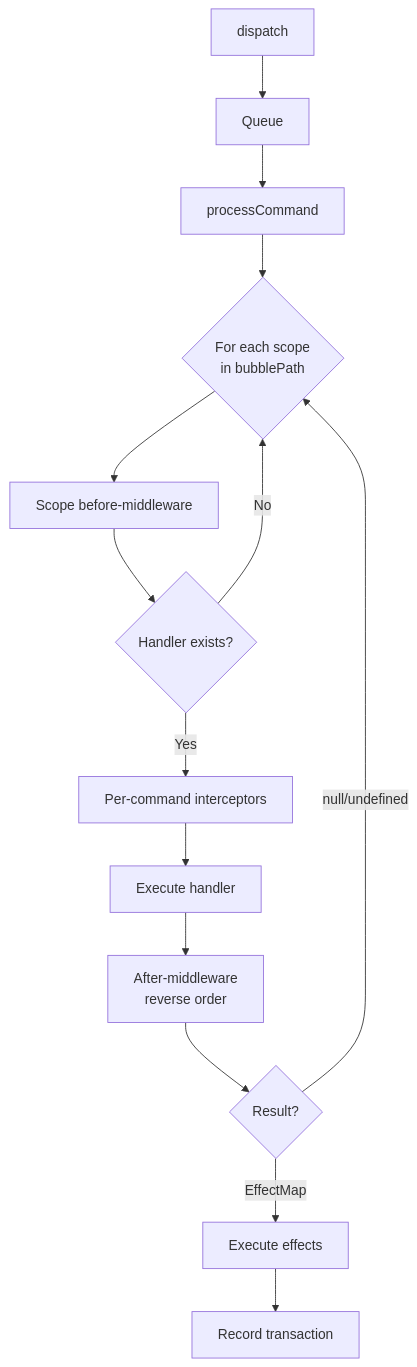
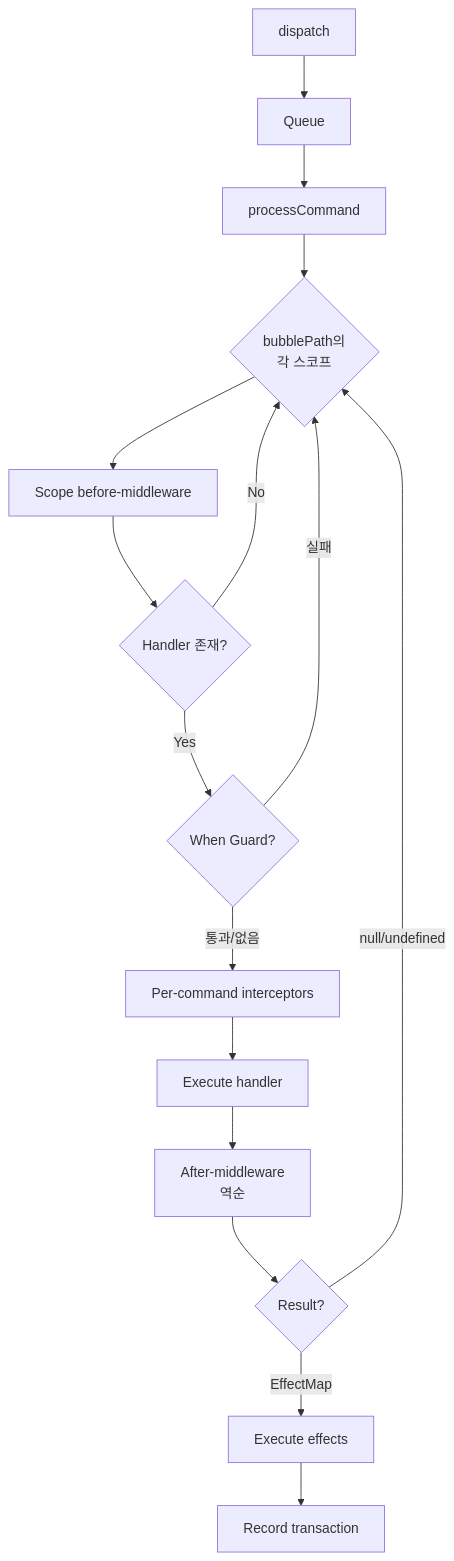
Before and after one commit to developer-1px/interactive-os: the diagram in docs/official/kernel/04-dispatch-pipeline.md, drawn with Mermaid. The commit also changed other lines of this file and 10 other files, not shown here.

````diff
--- a/docs/official/kernel/04-dispatch-pipeline.md
+++ b/docs/official/kernel/04-dispatch-pipeline.md
@@ -9,16 +9,18 @@
 ```mermaid
 flowchart TD
     A[dispatch] --> B[Queue]
     B --> C[processCommand]
-    C --> D{For each scope<br/>in bubblePath}
+    C --> D{bubblePath의<br/>각 스코프}
     D --> E[Scope before-middleware]
-    E --> F{Handler exists?}
+    E --> F{Handler 존재?}
     F -->|No| D
-    F -->|Yes| G[Per-command interceptors]
-    G --> H[Execute handler]
-    H --> I[After-middleware<br/>reverse order]
-    I --> J{Result?}
-    J -->|null/undefined| D
-    J -->|EffectMap| K[Execute effects]
-    K --> L[Record transaction]
+    F -->|Yes| G{When Guard?}
+    G -->|실패| D
+    G -->|통과/없음| H[Per-command interceptors]
+    H --> I[Execute handler]
+    I --> J[After-middleware<br/>역순]
+    J --> K{Result?}
+    K -->|null/undefined| D
+    K -->|EffectMap| L[Execute effects]
+    L --> M[Record transaction]
 ```
````
